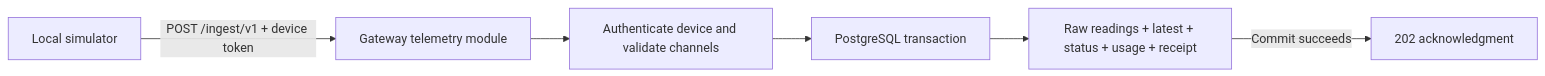
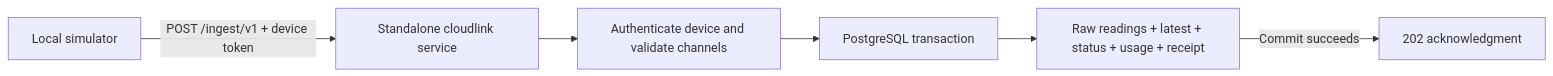
Before and after one commit to guitarpastdusk/albusforge: the diagram in docs/TELEMETRY-INGEST.md, drawn with Mermaid. The commit also changed other lines of this file and 32 other files, not shown here.

Commit message:
Extract standalone cloudlink service with bounded ingestion and Docker CI

````diff
--- a/docs/TELEMETRY-INGEST.md
+++ b/docs/TELEMETRY-INGEST.md
@@ -11,8 +13,8 @@
 ```mermaid
 flowchart LR
-    S[Local simulator] -->|POST /ingest/v1 + device token| G[Gateway telemetry module]
+    S[Local simulator] -->|POST /ingest/v1 + device token| G[Standalone cloudlink service]
     G --> A[Authenticate device and validate channels]
     A --> T[PostgreSQL transaction]
     T --> R[Raw readings + latest + status + usage + receipt]
     R -->|Commit succeeds| ACK[202 acknowledgment]
 ```
````
